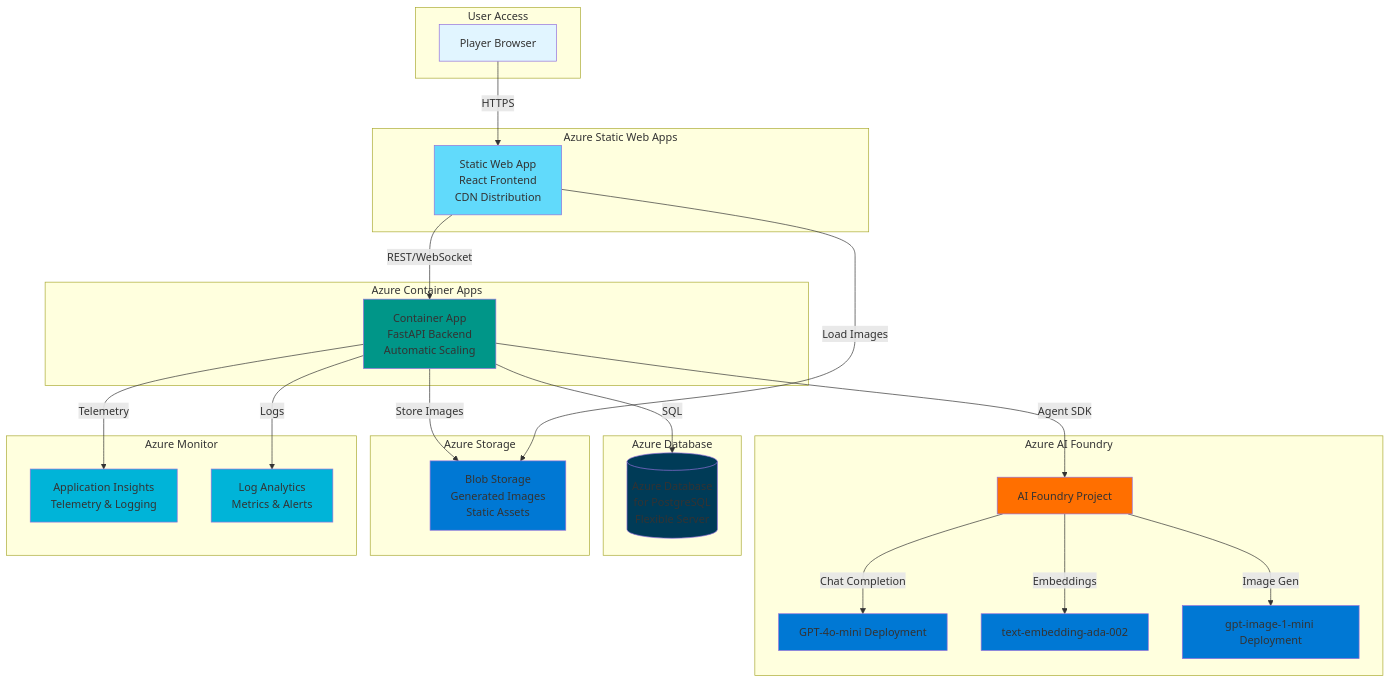
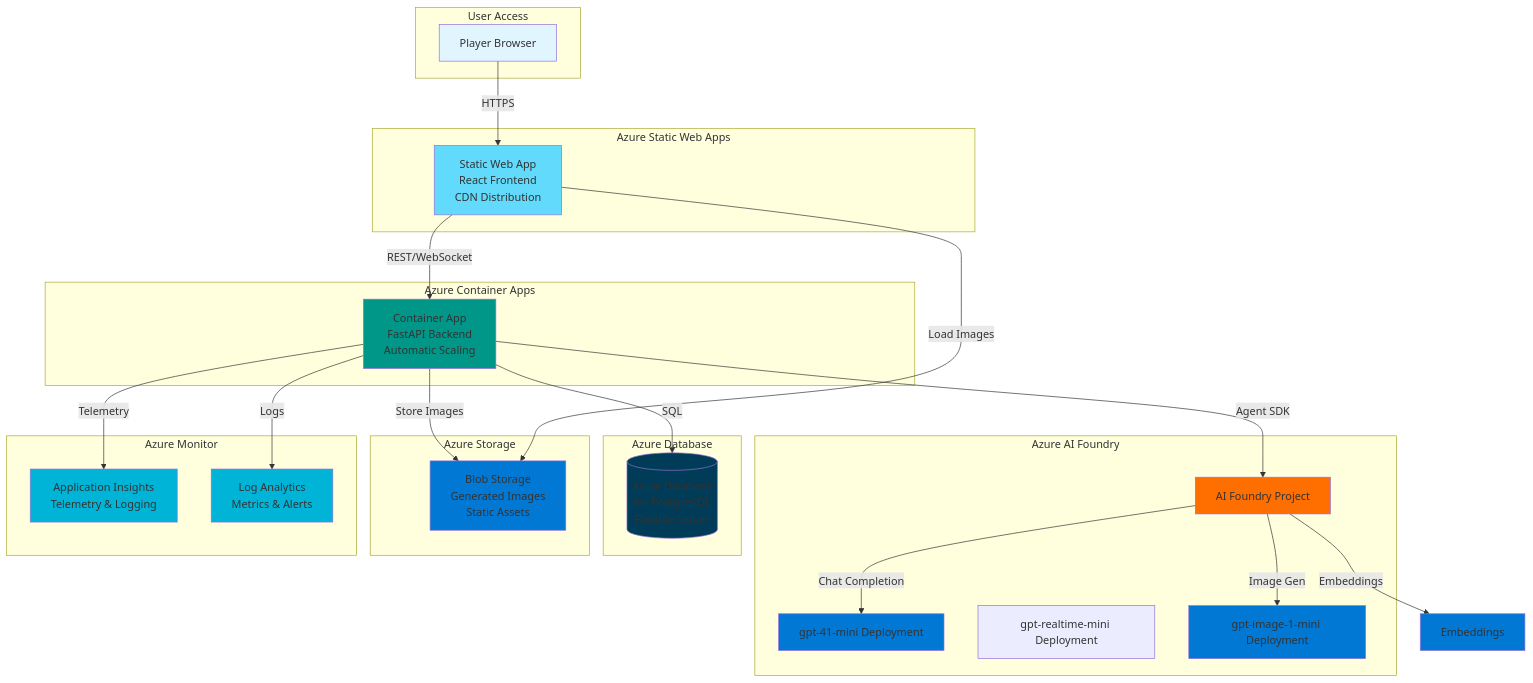
Diagram 16 of 16 in docs/architecture.md (SecuringTheRealm/str-agentic-adventures), drawn with Mermaid before and after one commit. The commit also changed other lines of this file and 113 other files, not shown here.

````diff
--- a/docs/architecture.md
+++ b/docs/architecture.md
@@ -1949,58 +1945,58 @@
 ```mermaid
 graph TB
     subgraph "User Access"
         Browser[Player Browser]
     end
 
     subgraph "Azure Static Web Apps"
         FrontendHost[Static Web App<br/>React Frontend<br/>CDN Distribution]
     end
 
     subgraph "Azure Container Apps"
         BackendContainer[Container App<br/>FastAPI Backend<br/>Automatic Scaling]
     end
 
     subgraph "Azure AI Foundry"
         AIProject[AI Foundry Project]
-        GPT4[GPT-4o-mini Deployment]
-        Embeddings[text-embedding-ada-002]
+        GPT4[gpt-41-mini Deployment]
+        Realtime[gpt-realtime-mini Deployment]
         DALLE[gpt-image-1-mini Deployment]
     end
 
     subgraph "Azure Database"
         PostgreSQL[(Azure Database<br/>for PostgreSQL<br/>Flexible Server)]
     end
 
     subgraph "Azure Storage"
         BlobStorage[Blob Storage<br/>Generated Images<br/>Static Assets]
     end
 
     subgraph "Azure Monitor"
         AppInsights[Application Insights<br/>Telemetry & Logging]
         LogAnalytics[Log Analytics<br/>Metrics & Alerts]
     end
 
     Browser -->|HTTPS| FrontendHost
     FrontendHost -->|REST/WebSocket| BackendContainer
     BackendContainer -->|Agent SDK| AIProject
     AIProject -->|Chat Completion| GPT4
     AIProject -->|Embeddings| Embeddings
     AIProject -->|Image Gen| DALLE
     BackendContainer -->|SQL| PostgreSQL
     BackendContainer -->|Store Images| BlobStorage
     FrontendHost -->|Load Images| BlobStorage
     BackendContainer -->|Telemetry| AppInsights
     BackendContainer -->|Logs| LogAnalytics
 
     style Browser fill:#e1f5ff
     style FrontendHost fill:#61DAFB
     style BackendContainer fill:#009688
     style AIProject fill:#FF6F00
     style GPT4 fill:#0078D4
     style Embeddings fill:#0078D4
     style DALLE fill:#0078D4
     style PostgreSQL fill:#003B57
     style BlobStorage fill:#0078D4
     style AppInsights fill:#00B4D8
     style LogAnalytics fill:#00B4D8
 ```
````
